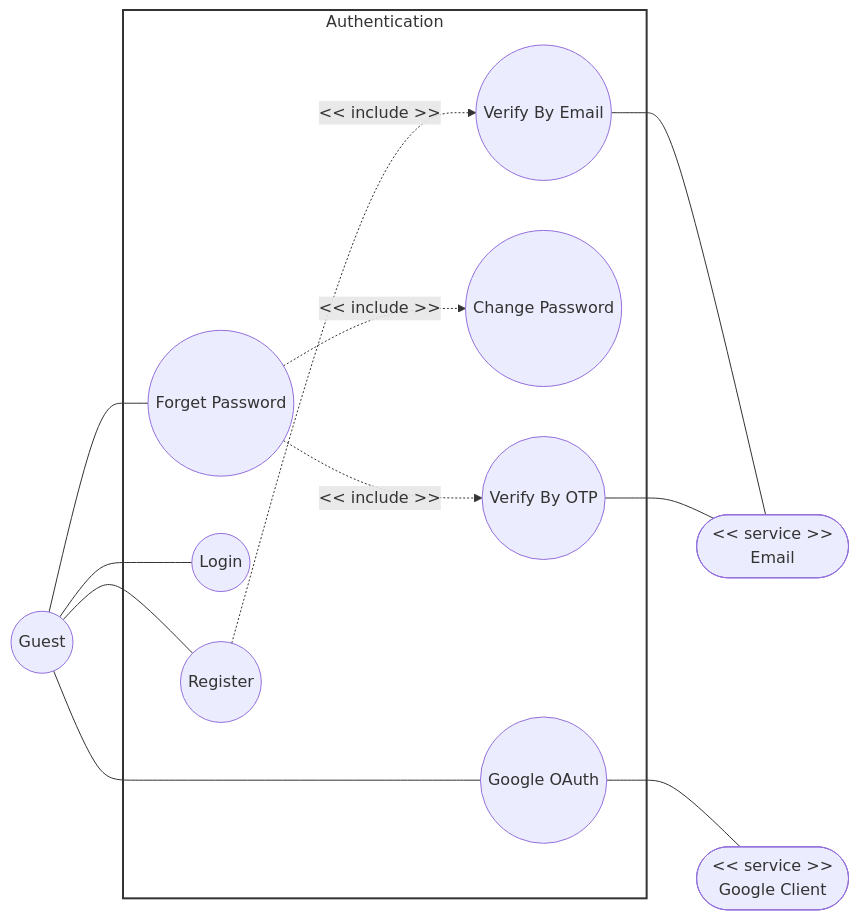
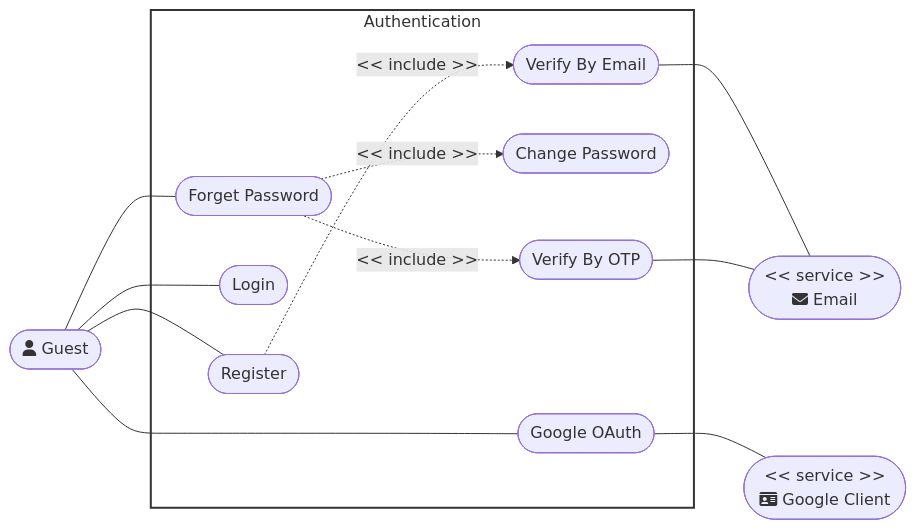
One commit to DuyNhat1705/AmeThyst-Library changed the second of 9 diagrams in docs/management/PA3/Use-CaseSpecification.md. Above: the diagram before and after it, drawn with Mermaid. The commit also changed other lines of this file, not shown here.

````diff
--- a/docs/management/PA3/Use-CaseSpecification.md
+++ b/docs/management/PA3/Use-CaseSpecification.md
@@ -133,44 +133,48 @@
 ```mermaid
 flowchart LR
     %% Left Actor
-    ActorGuest((Guest))
-    
-    %% Central System Boundary Subgraph
+    ActorGuest([fa:fa-user Guest])
+        %% Central System Boundary Subgraph
     subgraph Authentication [Authentication]
-        UC_Reg((Register))
-        UC_OAuth((Google OAuth))
-        UC_Login((Login))
-        UC_Forget((Forget Password))
-        UC_Change((Change Password))
-        UC_VerifyEmail((Verify By Email))
-        UC_VerifyOTP((Verify By OTP))
+        UC_Reg([Register])
+        UC_OAuth([Google OAuth])
+        UC_Login([Login])
+        UC_Forget([Forget Password])
+        UC_Change([Change Password])
+        UC_VerifyEmail([Verify By Email])
+        UC_VerifyOTP([Verify By OTP])
     end
 
     %% Right Actors
-    ActorEmail(["<center><< service >><br>Email</center>"])
-    ActorGoogle(["<center><< service >><br>Google Client</center>"])
+    ActorEmail(["<center><< service >><br>fa:fa-envelope Email</center>"])
+    ActorGoogle(["<center><< service >><br>fa:fa-id-card Google Client</center>"])
 
-    %% Layout Stabilizers
+    %% -------------------------------------------------------------
+    %% Structural Layout Anchors (Invisible lines to center-align the subgraph)
+    %% -------------------------------------------------------------
     ActorGuest ~~~ Authentication ~~~ ActorEmail
     ActorGuest ~~~ Authentication ~~~~ ActorGoogle
 
-    %% Connections
+    %% -------------------------------------------------------------
+    %% Actual Connections (Matching your image exactly)
+    %% -------------------------------------------------------------
+    %% Left Actor Associations
     ActorGuest --- UC_Reg
     ActorGuest --- UC_OAuth
     ActorGuest --- UC_Login
     ActorGuest --- UC_Forget
 
     %% Subgraph Internal Include Relationships
     UC_Reg -. "<< include >>" .-> UC_VerifyEmail
     UC_Forget -. "<< include >>" .-> UC_VerifyOTP
     UC_Forget -. "<< include >>" .-> UC_Change
 
     %% Right Actor Associations
     UC_VerifyEmail --- ActorEmail
     UC_OAuth --- ActorGoogle
     UC_VerifyOTP --- ActorEmail
 
     %% Styling
     style Authentication fill:#fff,stroke:#333,stroke-width:2px
 
 ```
````
